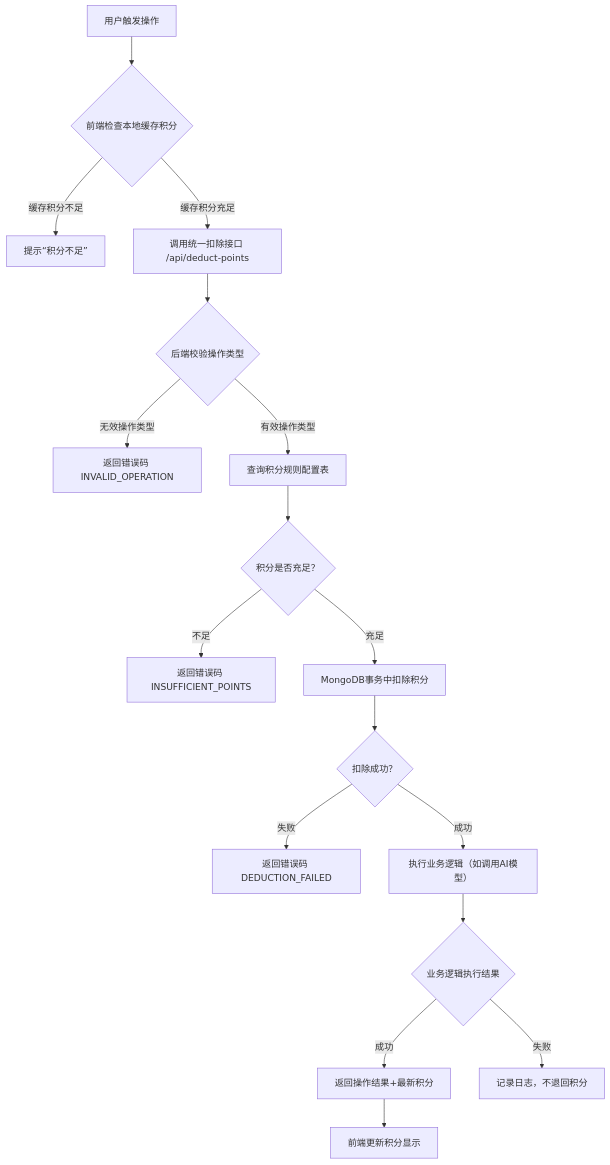
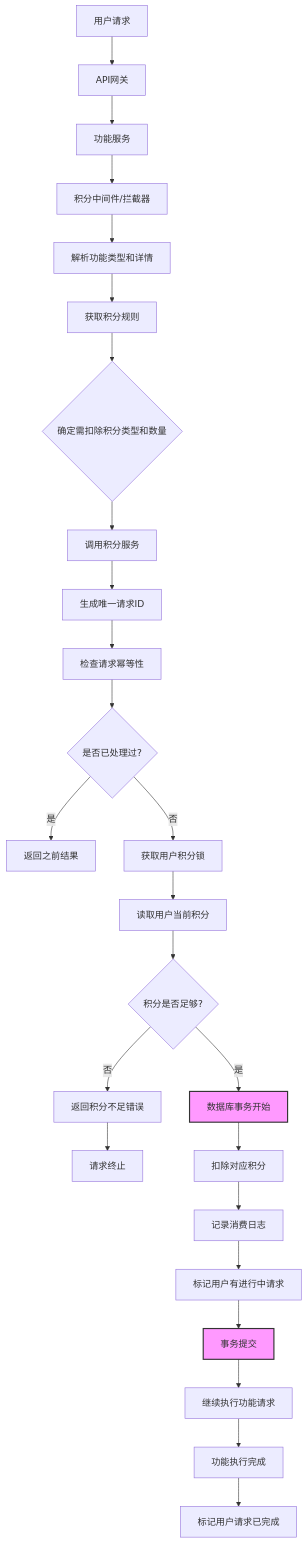
Before and after one commit to yingjianzh/iodraw-files: the diagram in all/未命名-65.md, drawn with Mermaid.

Commit message:
2025-05-22 15:25:17 update

````diff
--- a/all/未命名-65.md
+++ b/all/未命名-65.md
@@ -1,19 +1,36 @@
 ```mermaid
 flowchart TD
-    A[用户触发操作] --> B{前端检查本地缓存积分}
-    B -->|缓存积分不足| C[提示“积分不足”]
-    B -->|缓存积分充足| D[调用统一扣除接口 /api/deduct-points]
-    D --> E{后端校验操作类型}
-    E -->|无效操作类型| F[返回错误码 INVALID_OPERATION]
-    E -->|有效操作类型| G[查询积分规则配置表]
-    G --> H{积分是否充足？}
-    H -->|不足| I[返回错误码 INSUFFICIENT_POINTS]
-    H -->|充足| J[MongoDB事务中扣除积分]
-    J --> K{扣除成功？}
-    K -->|失败| L[返回错误码 DEDUCTION_FAILED]
-    K -->|成功| M[执行业务逻辑（如调用AI模型）]
-    M --> N{业务逻辑执行结果}
-    N -->|成功| O[返回操作结果+最新积分]
-    N -->|失败| P[记录日志，不退回积分]
-    O --> Q[前端更新积分显示]
+    A[用户请求] --> B[API网关]
+    B --> C[功能服务]
+    C --> D[积分中间件/拦截器]
+    
+    D --> E[解析功能类型和详情]
+    E --> F[获取积分规则]
+    F --> G{确定需扣除积分类型和数量}
+    
+    G --> H[调用积分服务]
+    H --> I[生成唯一请求ID]
+    I --> J[检查请求幂等性]
+    J --> K{是否已处理过?}
+    
+    K -->|是| L[返回之前结果]
+    K -->|否| M[获取用户积分锁]
+    M --> N[读取用户当前积分]
+    
+    N --> O{积分是否足够?}
+    O -->|否| P[返回积分不足错误]
+    P --> Q[请求终止]
+    
+    O -->|是| R[数据库事务开始]
+    R --> S[扣除对应积分]
+    S --> T[记录消费日志]
+    T --> U[标记用户有进行中请求]
+    U --> V[事务提交]
+    
+    V --> W[继续执行功能请求]
+    W --> X[功能执行完成]
+    X --> Y[标记用户请求已完成]
+    
+    style R fill:#f9f,stroke:#333,stroke-width:2px
+    style V fill:#f9f,stroke:#333,stroke-width:2px
 ```
````
